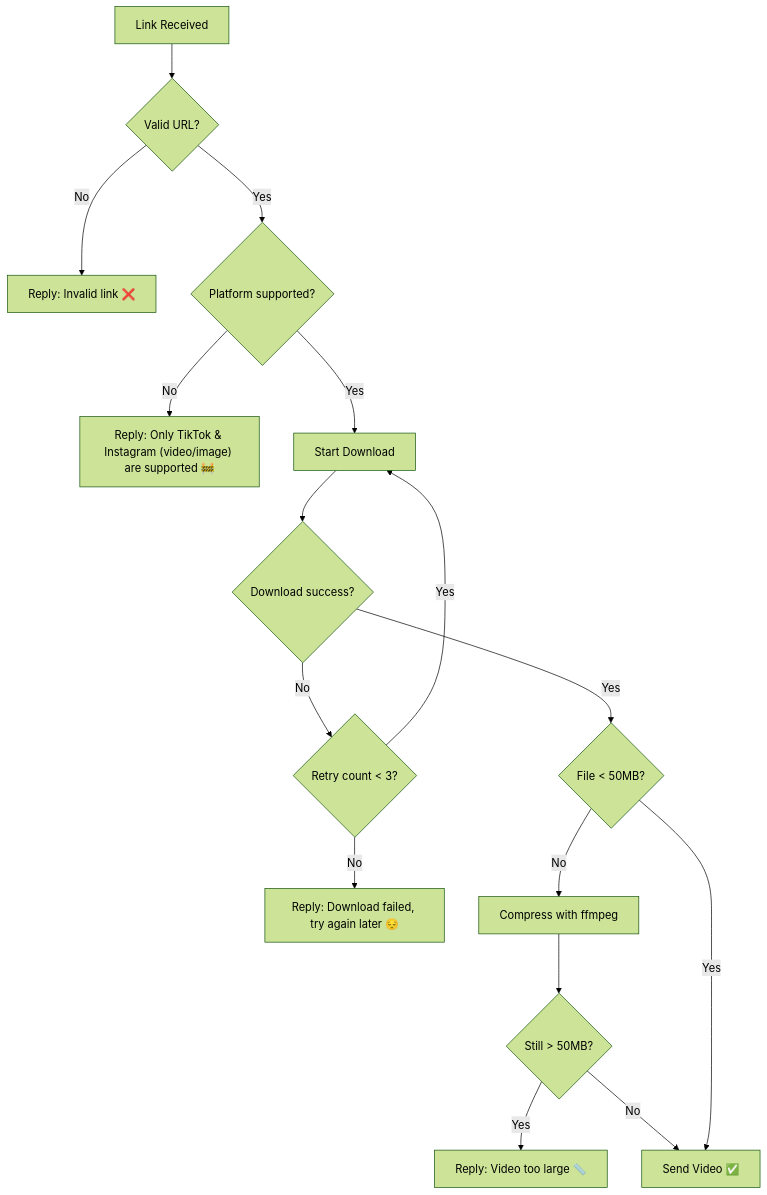
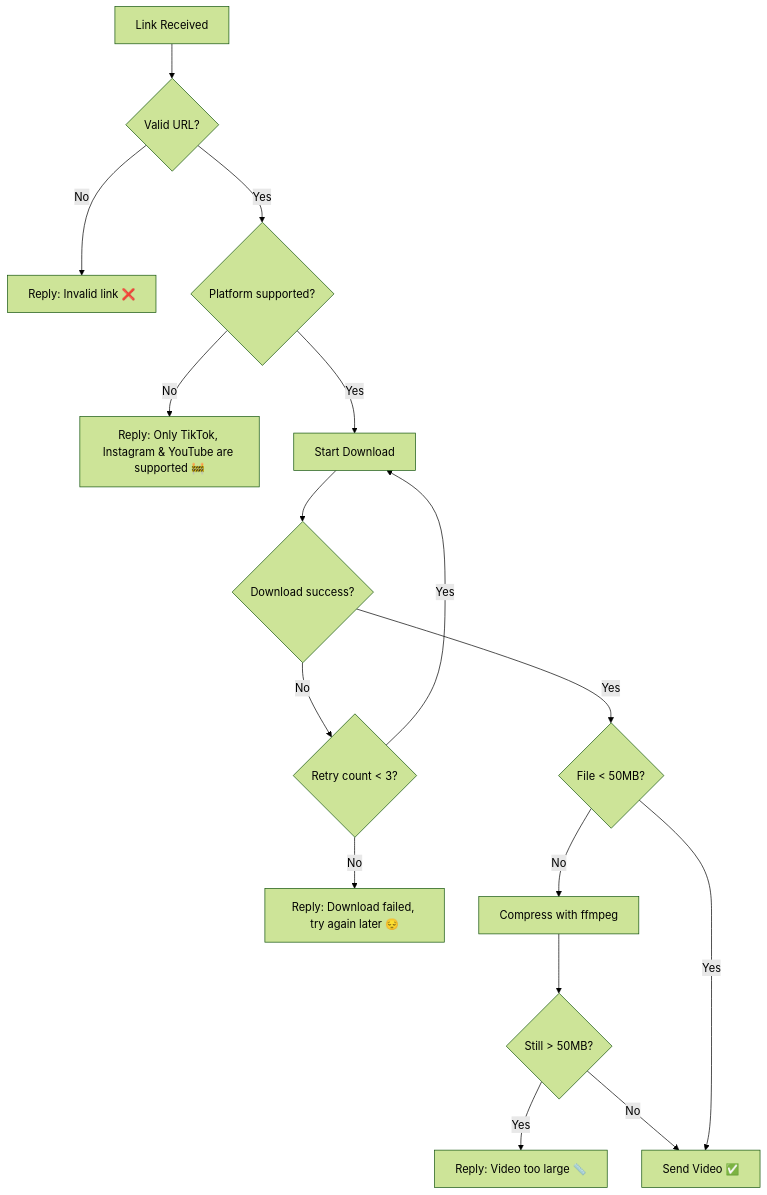
One commit to sochetraoeun/Telegram-Video-Downloader-Bot changed the third of 4 diagrams in system-design.md. Above: the diagram before and after it, drawn with Mermaid (forest theme). The commit also changed other lines of this file and 13 other files, not shown here.

````diff
--- a/system-design.md
+++ b/system-design.md
@@ -275,18 +293,18 @@
 ```mermaid
 flowchart TD
     A[Link Received] --> B{Valid URL?}
     B -->|No| C[Reply: Invalid link ❌]
     B -->|Yes| D{Platform supported?}
-    D -->|No| E["Reply: Only TikTok & Instagram (video/image) are supported 🚧"]
+    D -->|No| E["Reply: Only TikTok, Instagram & YouTube are supported 🚧"]
     D -->|Yes| F[Start Download]
     F --> G{Download success?}
     G -->|No| H{Retry count < 3?}
     H -->|Yes| F
     H -->|No| I[Reply: Download failed, try again later 😔]
     G -->|Yes| J{File < 50MB?}
     J -->|No| K[Compress with ffmpeg]
     K --> L{Still > 50MB?}
     L -->|Yes| M[Reply: Video too large 📏]
     L -->|No| N[Send Video ✅]
     J -->|Yes| N
 ```
````
